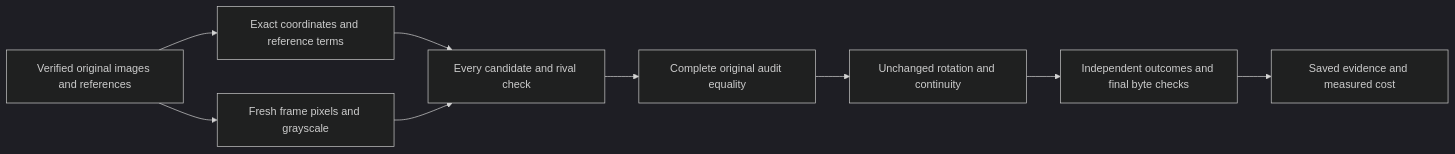
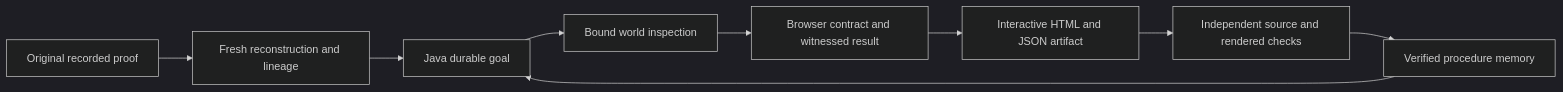
The diagram in README.md (eyeoverthink/Fraynix-Agent-Workspace), drawn with Mermaid (dark theme) before and after one commit. The commit also changed other lines of this file and 119 other files, not shown here.

````diff
--- a/README.md
+++ b/README.md
@@ -114,11 +106,11 @@
 ```mermaid
 flowchart LR
-  A[Verified original images and references] --> B[Exact coordinates and reference terms]
-  A --> C[Fresh frame pixels and grayscale]
-  B --> D[Every candidate and rival check]
-  C --> D
-  D --> E[Complete original audit equality]
-  E --> F[Unchanged rotation and continuity]
-  F --> G[Independent outcomes and final byte checks]
-  G --> H[Saved evidence and measured cost]
+  A[Original recorded proof] --> B[Fresh reconstruction and lineage]
+  B --> C[Java durable goal]
+  C --> D[Bound world inspection]
+  D --> E[Browser contract and witnessed result]
+  E --> F[Interactive HTML and JSON artifact]
+  F --> G[Independent source and rendered checks]
+  G --> H[Verified procedure memory]
+  H --> C
 ```
````
